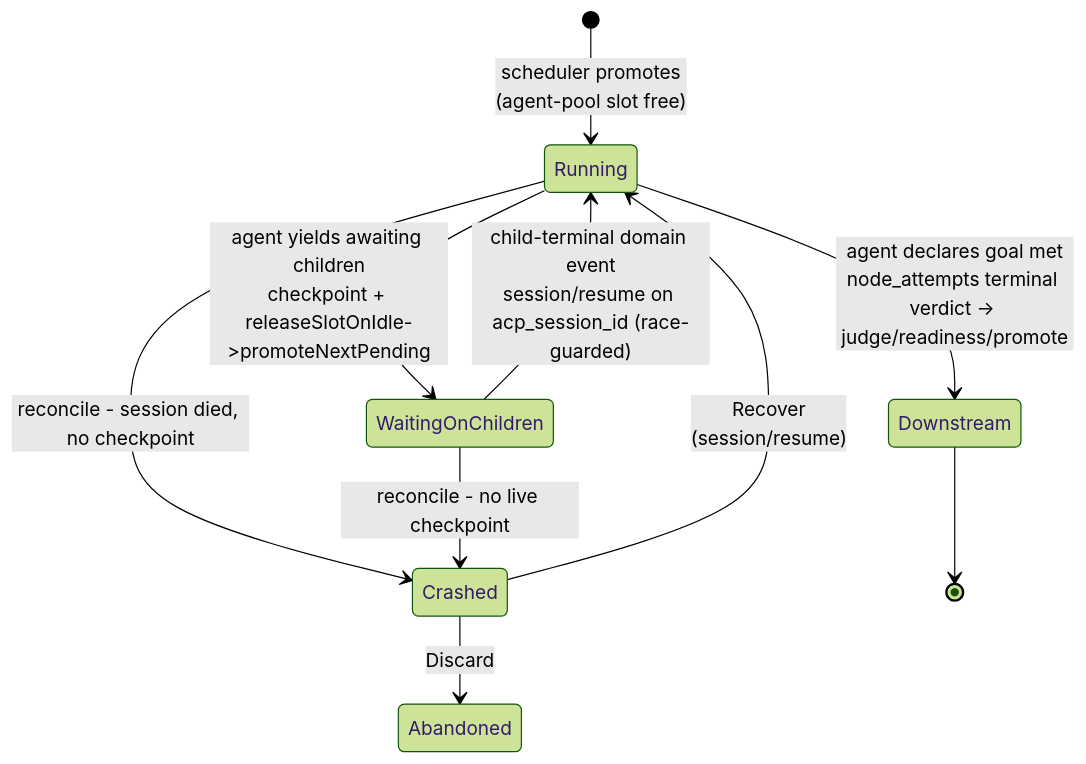
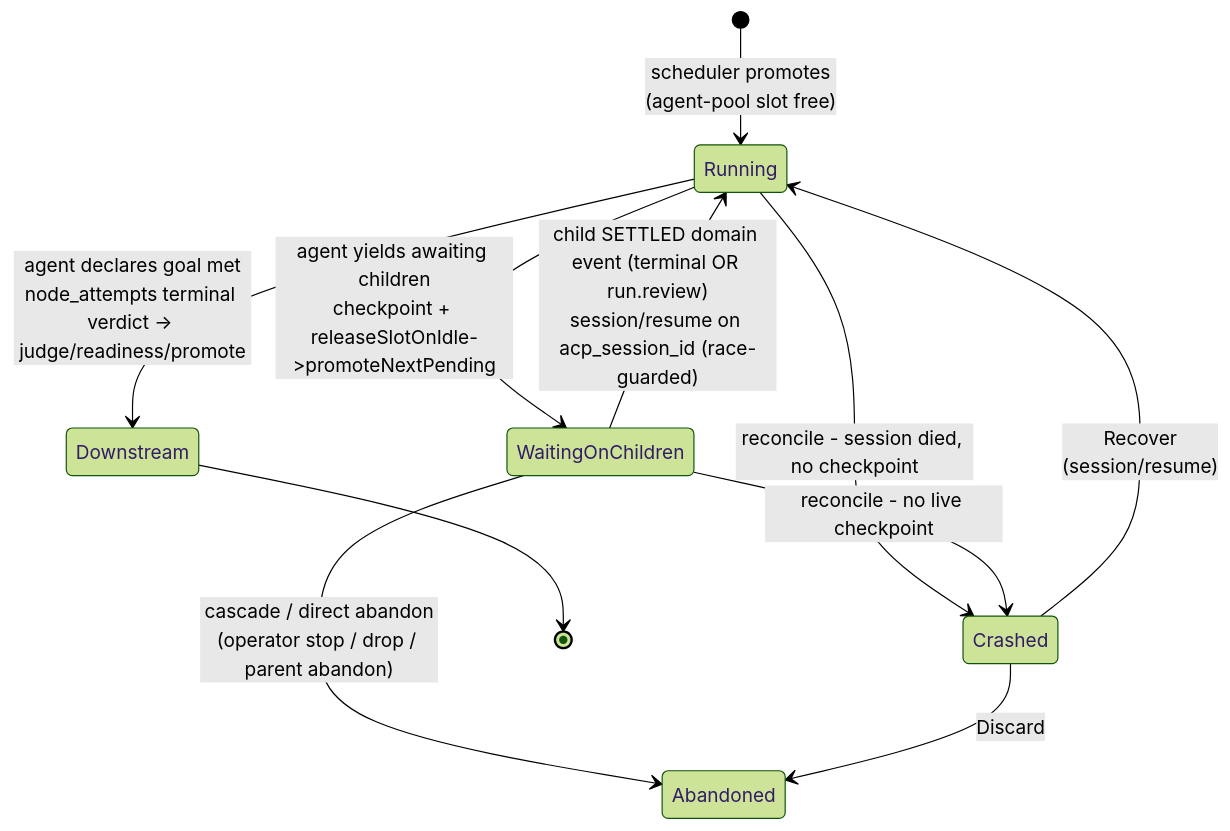
Before and after one commit to maister-dev/maister: the first of 6 diagrams in docs/system-analytics/orchestrator.md, drawn with Mermaid (forest theme). The commit also changed other lines of this file and 12 other files, not shown here.

````diff
--- a/docs/system-analytics/orchestrator.md
+++ b/docs/system-analytics/orchestrator.md
@@ -69,12 +73,13 @@
 ```mermaid
 stateDiagram-v2
     [*] --> Running: scheduler promotes<br/>(agent-pool slot free)
     Running --> WaitingOnChildren: agent yields awaiting children<br/>checkpoint + releaseSlotOnIdle->promoteNextPending
-    WaitingOnChildren --> Running: child-terminal domain event<br/>session/resume on acp_session_id (race-guarded)
+    WaitingOnChildren --> Running: child SETTLED domain event (terminal OR run.review)<br/>session/resume on acp_session_id (race-guarded)
     Running --> Downstream: agent declares goal met<br/>node_attempts terminal verdict -> judge/readiness/promote
     Running --> Crashed: reconcile - session died, no checkpoint
     WaitingOnChildren --> Crashed: reconcile - no live checkpoint
+    WaitingOnChildren --> Abandoned: cascade / direct abandon<br/>(operator stop / drop / parent abandon)
     Crashed --> Running: Recover<br/>(session/resume)
     Crashed --> Abandoned: Discard
     Downstream --> [*]
 ```
````
